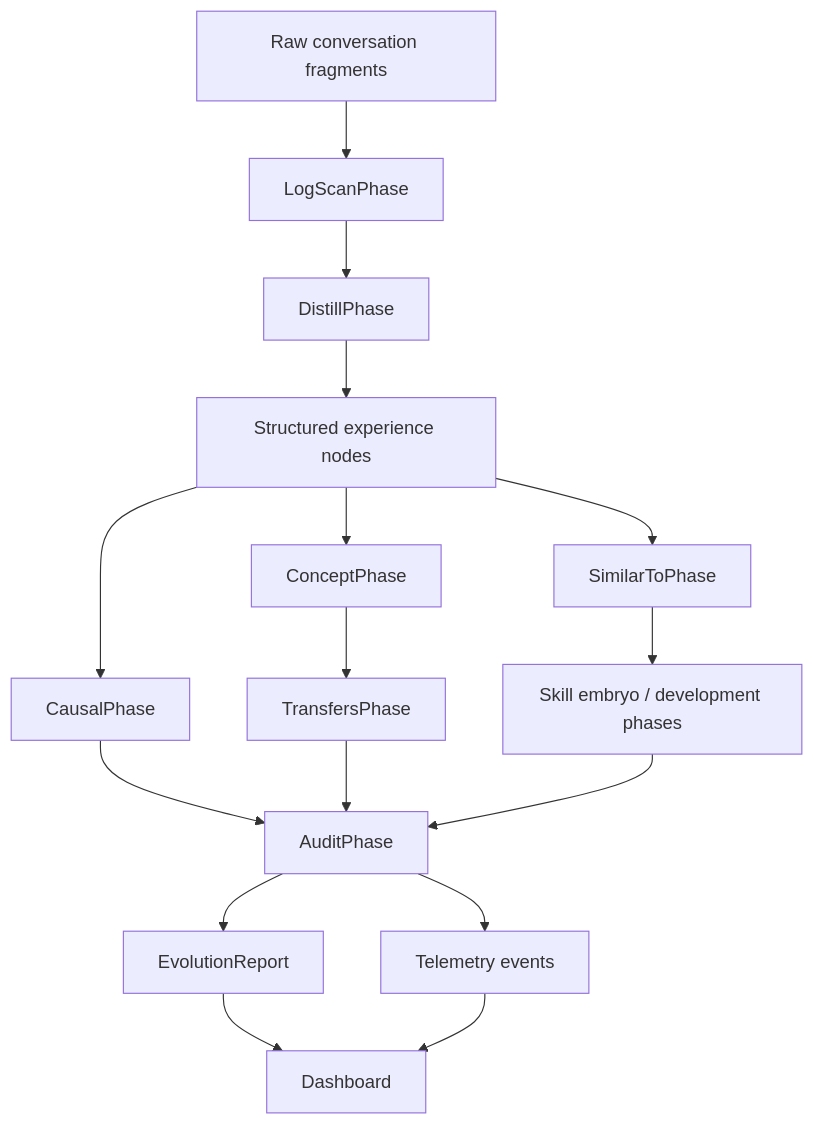
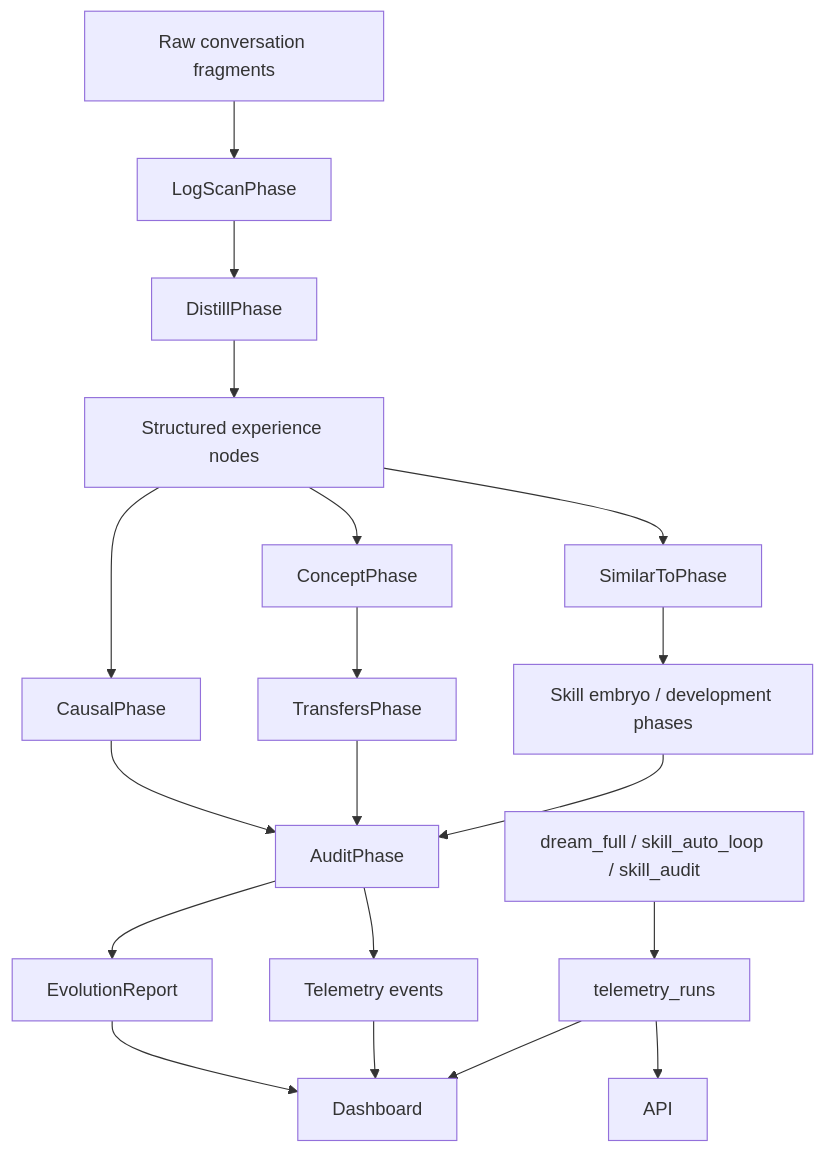
Before and after one commit to nianpangzhi233/Mnemosyne-AI-Memory: the second of 3 diagrams in docs/architecture.md, drawn with Mermaid. The commit also changed other lines of this file and 17 other files, not shown here.

````diff
--- a/docs/architecture.md
+++ b/docs/architecture.md
@@ -25,18 +28,21 @@
 ```mermaid
 flowchart TD
     Raw[Raw conversation fragments] --> LogScan[LogScanPhase]
     LogScan --> Distill[DistillPhase]
     Distill --> Exp[Structured experience nodes]
     Exp --> Similar[SimilarToPhase]
     Exp --> Causal[CausalPhase]
     Exp --> Concept[ConceptPhase]
     Concept --> Transfer[TransfersPhase]
     Similar --> Skill[Skill embryo / development phases]
     Causal --> Audit[AuditPhase]
     Transfer --> Audit
     Skill --> Audit
     Audit --> Report[EvolutionReport]
-    Audit --> Telemetry[Telemetry events]
+    Audit --> TelemetryEvents[Telemetry events]
     Report --> Dashboard
-    Telemetry --> Dashboard
+    TelemetryEvents --> Dashboard
+    DaemonRun[dream_full / skill_auto_loop / skill_audit] --> TelemetryRuns[telemetry_runs]
+    TelemetryRuns --> Dashboard
+    TelemetryRuns --> API
 ```
````
